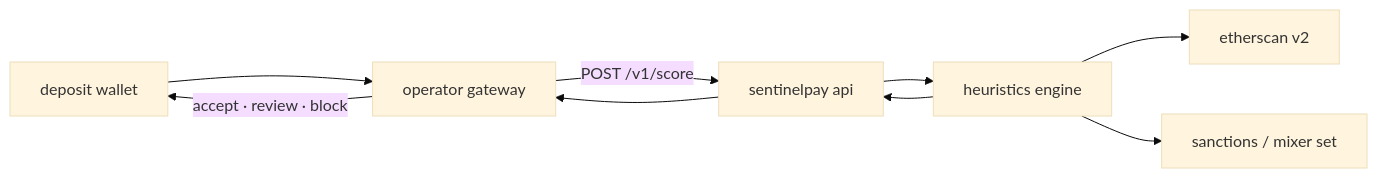
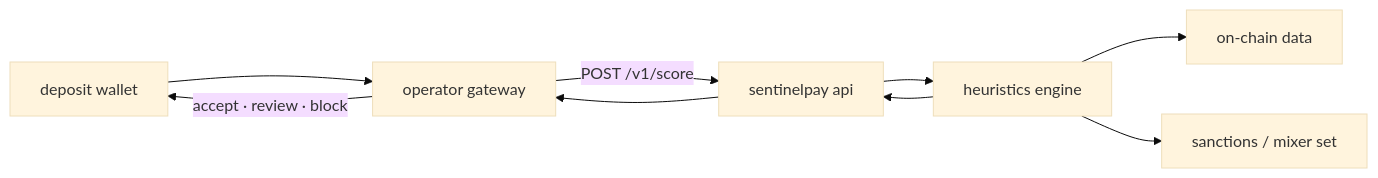
The diagram in README.md (ceemv22/sentinelpay), drawn with Mermaid (base theme) before and after one commit. The commit also changed other lines of this file, not shown here.

Commit message:
docs(readme): update with accurate scoring logic, full endpoint list, multi-chain scope

````diff
--- a/README.md
+++ b/README.md
@@ -25,11 +25,11 @@
 ```mermaid
 flowchart LR
   wallet[deposit wallet] --> operator[operator gateway]
   operator -->|POST /v1/score| api[sentinelpay api]
   api --> engine[heuristics engine]
-  engine --> etherscan[etherscan v2]
-  engine --> mixers[sanctions / mixer set]
+  engine --> chain[on-chain data]
+  engine --> sanctions[sanctions / mixer set]
   engine --> api
   api --> operator
   operator -->|accept · review · block| wallet
 ```
````
